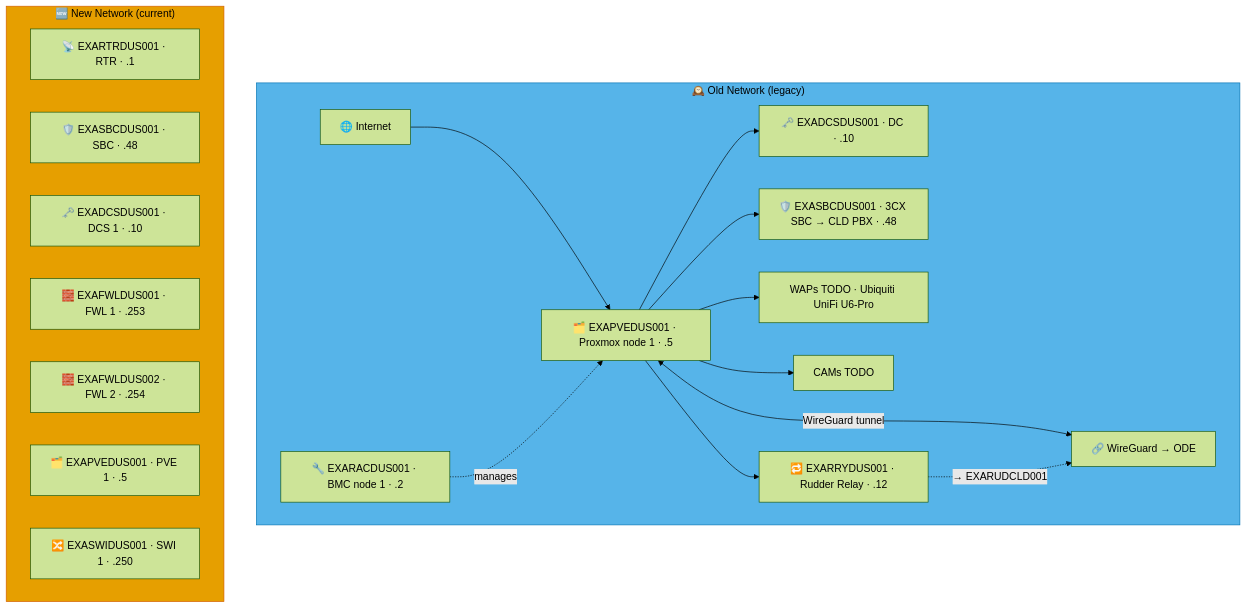
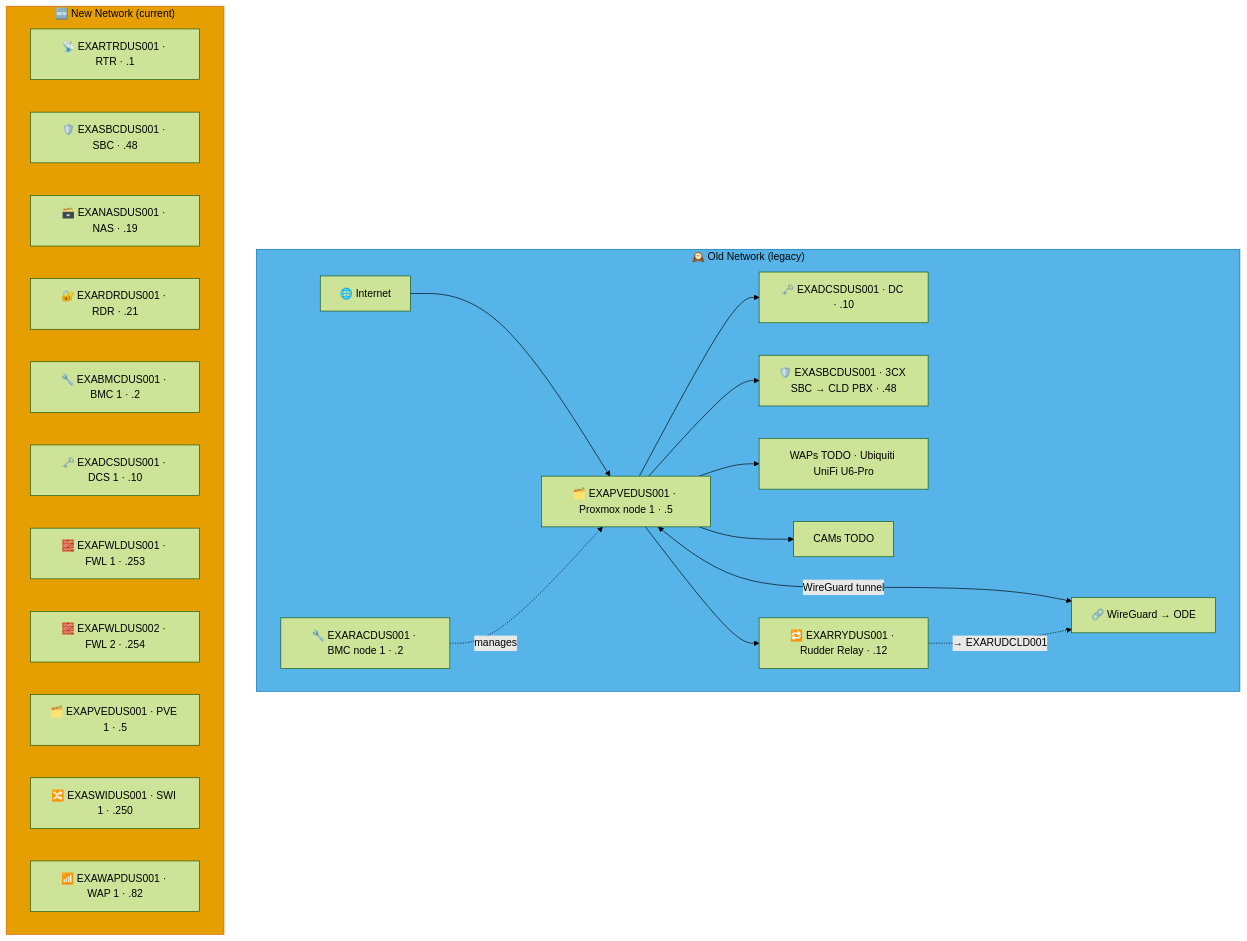
One commit to knightmare2600/example_music_infra changed the fifth of 5 diagrams in docs/network-diagram/deutschland.md. Above: the diagram before and after it, drawn with Mermaid (forest theme). The commit also changed other lines of this file and 15 other files, not shown here.

````diff
--- a/docs/network-diagram/deutschland.md
+++ b/docs/network-diagram/deutschland.md
@@ -222,35 +238,39 @@
 ```mermaid
 graph TD
     subgraph OLD_DUS ["🕰️ Old Network (legacy)"]
       INET["🌐 Internet"]
       RAC["🔧 EXARACDUS001 · BMC node 1 · .2"]
       PVE["🗂️ EXAPVEDUS001 · Proxmox node 1 · .5"]
       DC["🗝️ EXADCSDUS001 · DC · .10"]
       SBC["🛡️ EXASBCDUS001 · 3CX SBC → CLD PBX · .48"]
       RRY["🔁 EXARRYDUS001 · Rudder Relay · .12"]
       WAP["WAPs TODO · Ubiquiti UniFi U6-Pro"]
       CAM["CAMs TODO"]
       VPN["🔗 WireGuard → ODE"]
 
       INET --> PVE --> DC & SBC
       RAC -.->|"manages"| PVE
       PVE --> WAP & CAM
       PVE <-->|"WireGuard tunnel"| VPN
 
       PVE --> RRY
       RRY -. "→ EXARUDCLD001" .-> VPN
     end
     style OLD_DUS fill:#56B4E9,stroke:#0072B2,color:#000000
     %% GENERATED:NEW-NETWORK:DUS:START
     subgraph NEW_DUS ["🆕 New Network (current)"]
       N_RTR["📡 EXARTRDUS001 · RTR · .1"]
       N_SBC["🛡️ EXASBCDUS001 · SBC · .48"]
+      N_NAS["🗃️ EXANASDUS001 · NAS · .19"]
+      N_RDR["🔐 EXARDRDUS001 · RDR · .21"]
+      N_BMC["🔧 EXABMCDUS001 · BMC 1 · .2"]
       N_DCS["🗝️ EXADCSDUS001 · DCS 1 · .10"]
       N_FWL["🧱 EXAFWLDUS001 · FWL 1 · .253"]
       N_FWL2["🧱 EXAFWLDUS002 · FWL 2 · .254"]
       N_PVE["🗂️ EXAPVEDUS001 · PVE 1 · .5"]
       N_SWI["🔀 EXASWIDUS001 · SWI 1 · .250"]
+      N_WAP["📶 EXAWAPDUS001 · WAP 1 · .82"]
     end
     style NEW_DUS fill:#E69F00,stroke:#D55E00,color:#000000
     %% GENERATED:NEW-NETWORK:DUS:END
 ```
````
